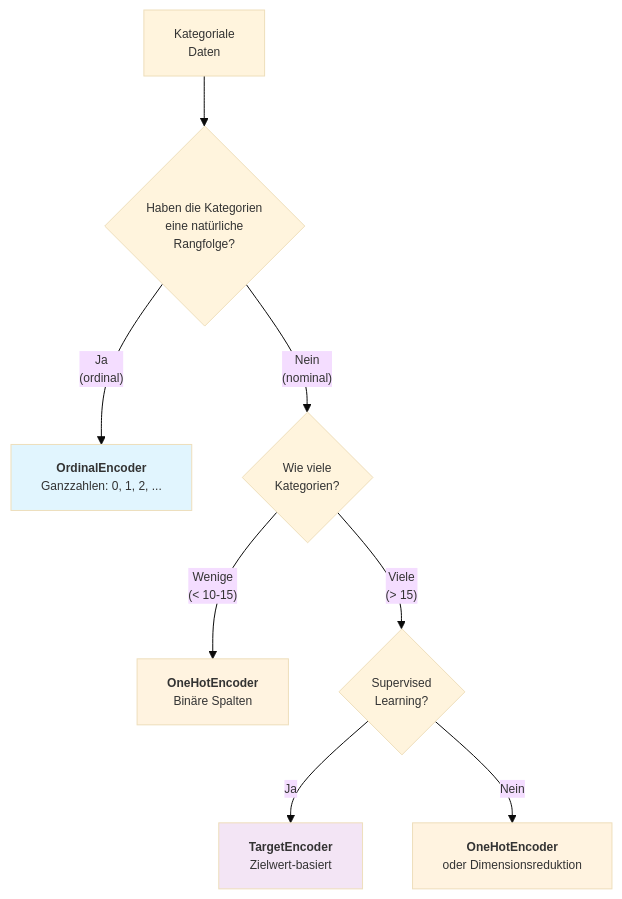
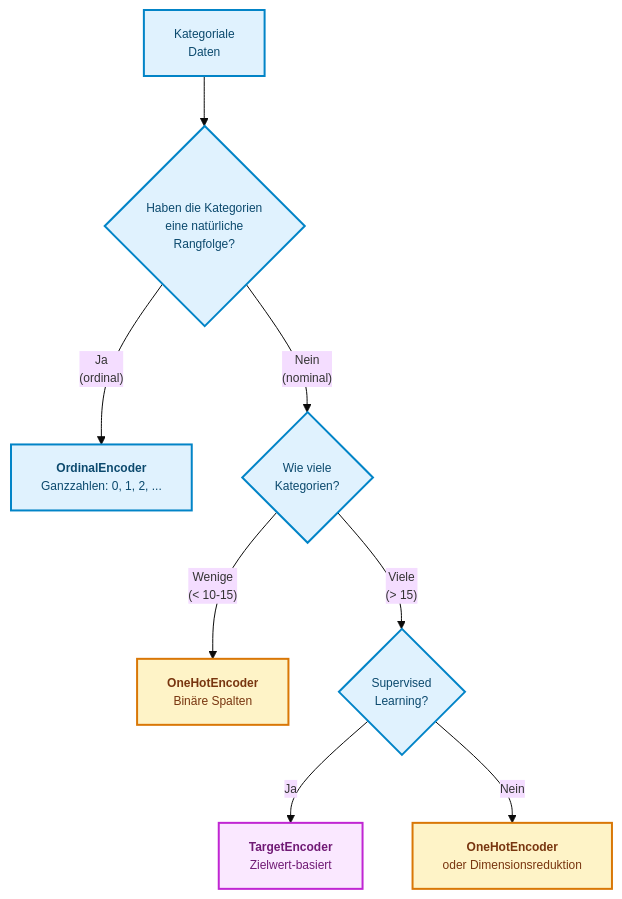
The second of 6 diagrams in docs/concepts/prepare/kodierung_kategorialer_daten.md (ralf-42/ML_Intro), drawn with Mermaid before and after one commit. The commit also changed 67 other files, not shown here.

````diff
--- a/docs/concepts/prepare/kodierung_kategorialer_daten.md
+++ b/docs/concepts/prepare/kodierung_kategorialer_daten.md
@@ -66,21 +66,22 @@
 ```mermaid
 %%{init: {'theme': 'base', 'themeVariables': {'fontSize': '12px'}}}%%
 flowchart TD
     Start["Kategoriale<br/>Daten"] --> Q1{"Haben die Kategorien<br/>eine natürliche<br/>Rangfolge?"}
     
     Q1 -->|"Ja<br/>(ordinal)"| OE["<b>OrdinalEncoder</b><br/>Ganzzahlen: 0, 1, 2, ..."]
     
     Q1 -->|"Nein<br/>(nominal)"| Q2{"Wie viele<br/>Kategorien?"}
     
     Q2 -->|"Wenige<br/>(< 10-15)"| OHE["<b>OneHotEncoder</b><br/>Binäre Spalten"]
     
     Q2 -->|"Viele<br/>(> 15)"| Q3{"Supervised<br/>Learning?"}
     
     Q3 -->|"Ja"| TE["<b>TargetEncoder</b><br/>Zielwert-basiert"]
     Q3 -->|"Nein"| OHE2["<b>OneHotEncoder</b><br/>oder Dimensionsreduktion"]
-    
-    style OE fill:#e1f5fe
-    style OHE fill:#fff3e0
-    style OHE2 fill:#fff3e0
-    style TE fill:#f3e5f5
+
+classDef default fill:#e0f2fe,stroke:#0284c7,stroke-width:2px,color:#0c4a6e;
+classDef metric fill:#fef3c7,stroke:#d97706,stroke-width:2px,color:#78350f;
+classDef target fill:#fae8ff,stroke:#c026d3,stroke-width:2px,color:#701a75;
+class OHE,OHE2 metric;
+class TE target;
 ```
````
